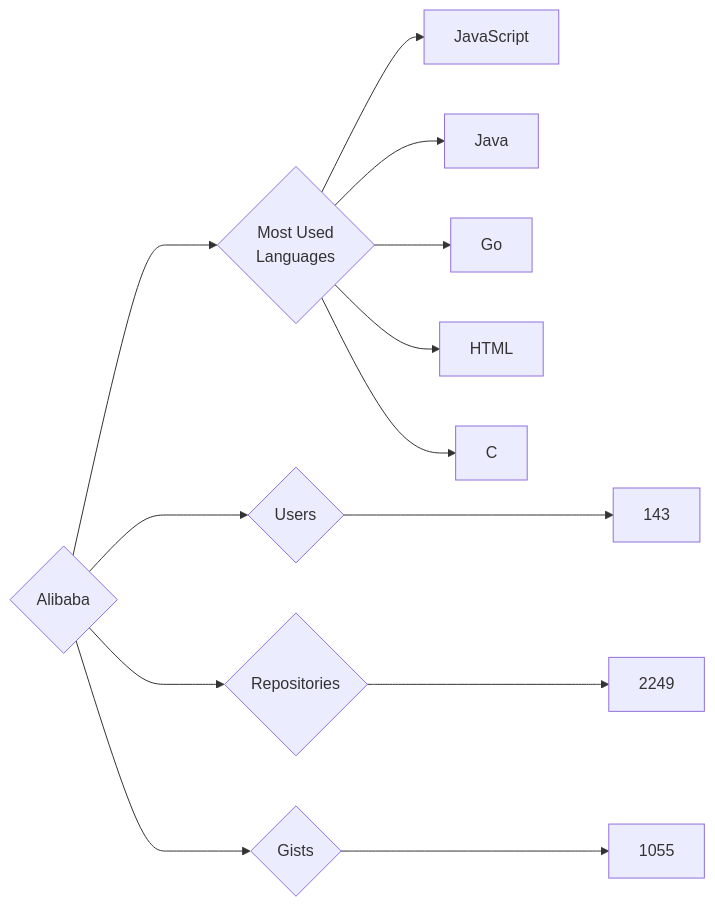
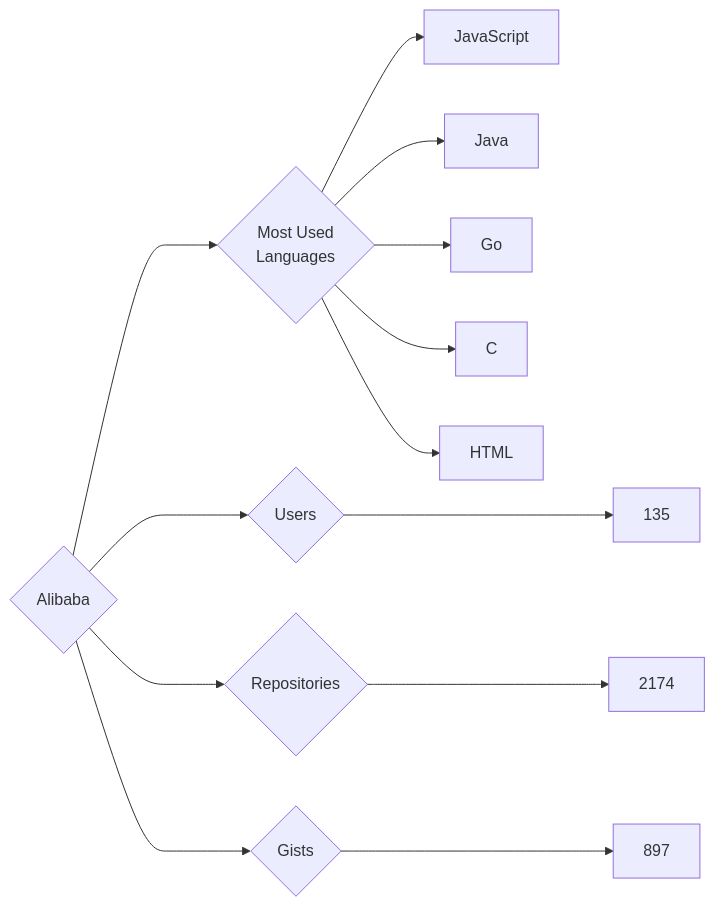
The diagram in targets/Alibaba/README.md (trickest/insiders), drawn with Mermaid before and after one commit. The commit also changed 924 other files, not shown here.

````diff
--- a/targets/Alibaba/README.md
+++ b/targets/Alibaba/README.md
@@ -3,13 +3,13 @@
 ```mermaid
 graph LR
 COMPANY_NAME{Alibaba}
-COMPANY_NAME ---> U{Users} ---> UN[143]
-COMPANY_NAME ---> R{Repositories} ---> RN[2249]
-COMPANY_NAME ---> G{Gists} ---> GN[1055]
+COMPANY_NAME ---> U{Users} ---> UN[135]
+COMPANY_NAME ---> R{Repositories} ---> RN[2174]
+COMPANY_NAME ---> G{Gists} ---> GN[897]
 COMPANY_NAME ---> ML{Most Used<br>Languages}
 ML --> JavaScript[JavaScript]
 ML --> Java[Java]
 ML --> Go[Go]
+ML --> C[C]
 ML --> HTML[HTML]
-ML --> C[C]
 ```
````
